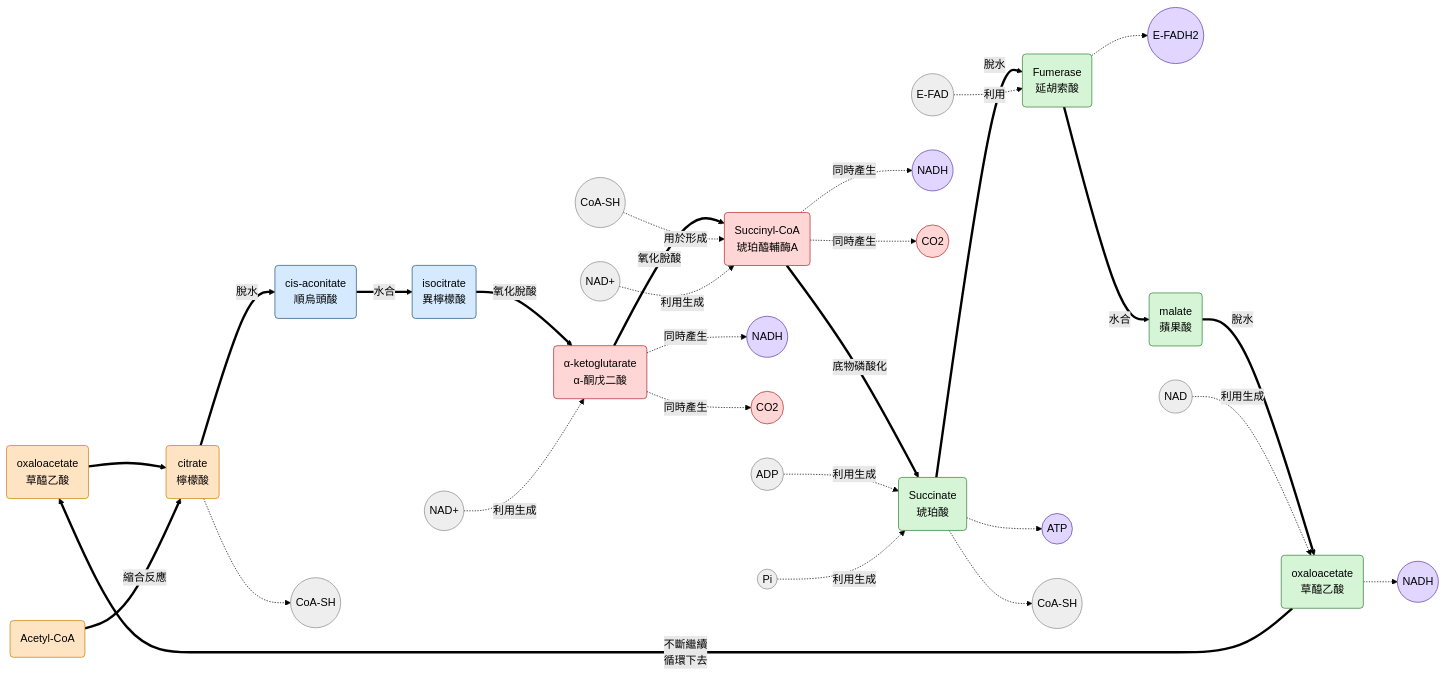
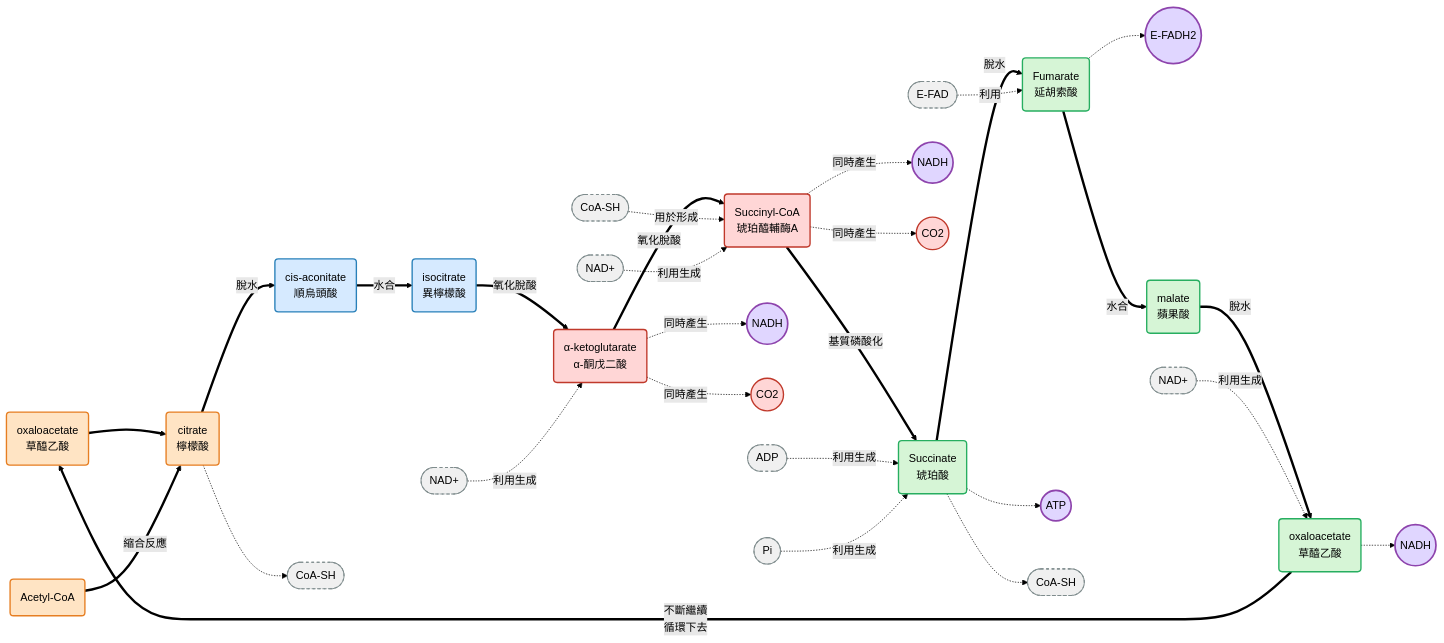
One commit to Jacklyn301/biochem_note_1142 changed diagram 16 of 27 in biochemistry_1st midterm.md. Above: the diagram before and after it, drawn with Mermaid (forest theme). The commit also changed other lines of this file, not shown here.

````diff
--- a/biochemistry_1st midterm.md
+++ b/biochemistry_1st midterm.md
@@ -839,80 +919,65 @@
 ```mermaid
 flowchart LR
 
-OAA1(oxaloacetate<br>草醯乙酸)
-OAA1==>Cit(citrate<br>檸檬酸)
-AcoA(Acetyl-CoA)==>|縮合反應|Cit
-Cit==>|脫水|cAco(cis-aconitate<br>順烏頭酸)
-Cit-.->CoA1((CoA-SH))
-cAco==>|水合|Icit(isocitrate<br>異檸檬酸)
-Icit==>|氧化脫酸|aketo(α-ketoglutarate<br>α-酮戊二酸)
+%% ========== 進入/縮合階段 (🟠 橘色) ==========
+OAA1(oxaloacetate<br>草醯乙酸):::entry
+OAA1==>Cit(citrate<br>檸檬酸):::entry
+AcoA(Acetyl-CoA):::entry==>|縮合反應|Cit
+Cit==>|脫水|cAco(cis-aconitate<br>順烏頭酸):::rearrange
+Cit-.->CoA1([CoA-SH]):::cofactor
 
-NAD1((NAD+))-.->|利用生成|aketo
-aketo==>|氧化脫酸|ScoA(Succinyl-CoA<br>琥珀醯輔酶A)
-aketo-.->|同時產生|NADH1((NADH))
-aketo-.->|同時產生|CO21((CO2))
+%% ========== 早期重排 (🔵 藍色) ==========
+cAco==>|水合|Icit(isocitrate<br>異檸檬酸):::rearrange
+Icit==>|氧化脫酸|aketo(α-ketoglutarate<br>α-酮戊二酸):::oxidative
 
-CoA2((CoA-SH))-.->|用於形成|ScoA
-ScoA==>|底物磷酸化|Sc(Succinate<br>琥珀酸)
-NAD2((NAD+))-.->|利用生成|ScoA
-ScoA-.->|同時產生|NADH2((NADH))
-ScoA-.->|同時產生|CO22((CO2))
+NAD1([NAD+]):::cofactor-.->|利用生成|aketo
 
-ADP1((ADP))-.->|利用生成|Sc
-P1((Pi))-.->|利用生成|Sc
-Sc==>|脫水|Fu(Fumerase<br>延胡索酸)
-Sc-.->ATP1((ATP))
-Sc-.->CoA3((CoA-SH))
+%% ========== 氧化脫羧 (🔴 紅色) ==========
+aketo==>|氧化脫酸|ScoA(Succinyl-CoA<br>琥珀醯輔酶A):::oxidative
+aketo-.->|同時產生|NADH1((NADH)):::energy
+aketo-.->|同時產生|CO21((CO2)):::co2
 
-FAD1((E-FAD))-.->|利用|Fu
-Fu-.->FADH2((E-FADH2))
-Fu==>|水合|Ma(malate<br>蘋果酸)
+CoA2([CoA-SH]):::cofactor-.->|用於形成|ScoA
+ScoA==>|基質磷酸化|Sc(Succinate<br>琥珀酸):::regenerate
+NAD2([NAD+]):::cofactor-.->|利用生成|ScoA
+ScoA-.->|同時產生|NADH2((NADH)):::energy
+ScoA-.->|同時產生|CO22((CO2)):::co2
 
-Ma==>|脫水|OAA2(oxaloacetate<br>草醯乙酸)
-NAD3((NAD))-.->|利用生成|OAA2
-OAA2-.->NADH3((NADH))
+%% ========== 能量收穫與再生階段 (🟢 綠色) ==========
+ADP1([ADP]):::cofactor-.->|利用生成|Sc
+P1([Pi]):::cofactor-.->|利用生成|Sc
+Sc==>|脫水|Fu(Fumarate<br>延胡索酸):::regenerate
+Sc-.->ATP1((ATP)):::energy
+Sc-.->CoA3([CoA-SH]):::cofactor
+
+FAD1([E-FAD]):::cofactor-.->|利用|Fu
+Fu-.->FADH2((E-FADH2)):::energy
+Fu==>|水合|Ma(malate<br>蘋果酸):::regenerate
+
+%% ========== 循環閉合 ==========
+Ma==>|脫水|OAA2(oxaloacetate<br>草醯乙酸):::regenerate
+NAD3([NAD+]):::cofactor-.->|利用生成|OAA2
+OAA2-.->NADH3((NADH)):::energy
 
 OAA2==>|不斷繼續<br>循環下去|OAA1
 
-%% ===== TCA styling (matched to your node names) =====
+%% ========== 顏色定義 ==========
+%% 進入/縮合 (🟠)
+classDef entry fill:#ffe4c4,stroke:#e67e22,stroke-width:2px,color:#000
 
-%% entry / citrate formation
-style OAA1 fill:#ffe4c4,stroke:#c77b00
-style Cit fill:#ffe4c4,stroke:#c77b00
-style AcoA fill:#ffe4c4,stroke:#c77b00
+%% 早期重排 (🔵)
+classDef rearrange fill:#d6eaff,stroke:#2980b9,stroke-width:2px,color:#000
 
-%% early rearrangement
-style cAco fill:#d6eaff,stroke:#1f4e79
-style Icit fill:#d6eaff,stroke:#1f4e79
+%% 氧化脫羧 (🔴)
+classDef oxidative fill:#ffd6d6,stroke:#c0392b,stroke-width:2px,color:#000
+classDef co2 fill:#ffd6d6,stroke:#c0392b,stroke-width:2px,color:#000
 
-%% oxidative decarboxylation (🔥 core oxidation zone)
-style aketo fill:#ffd6d6,stroke:#b22222
-style ScoA fill:#ffd6d6,stroke:#b22222
-style CO21 fill:#ffd6d6,stroke:#b22222
-style CO22 fill:#ffd6d6,stroke:#b22222
+%% 再生階段 (🟢)
+classDef regenerate fill:#d6f5d6,stroke:#27ae60,stroke-width:2px,color:#000
 
-%% energy harvest (ATP / NADH / FADH2)
-style NADH1 fill:#e0d6ff,stroke:#5e35b1
-style NADH2 fill:#e0d6ff,stroke:#5e35b1
-style NADH3 fill:#e0d6ff,stroke:#5e35b1
-style ATP1 fill:#e0d6ff,stroke:#5e35b1
-style FADH2 fill:#e0d6ff,stroke:#5e35b1
+%% 能量分子 (🟣)
+classDef energy fill:#e0d6ff,stroke:#8e44ad,stroke-width:2.5px,color:#000
 
-%% regeneration phase (cycle closing 🌱)
-style Sc fill:#d6f5d6,stroke:#2e7d32
-style Fu fill:#d6f5d6,stroke:#2e7d32
-style Ma fill:#d6f5d6,stroke:#2e7d32
-style OAA2 fill:#d6f5d6,stroke:#2e7d32
-
-%% cofactors / carriers (neutral background)
-style NAD1 fill:#eeeeee,stroke:#888
-style NAD2 fill:#eeeeee,stroke:#888
-style NAD3 fill:#eeeeee,stroke:#888
-style ADP1 fill:#eeeeee,stroke:#888
-style P1 fill:#eeeeee,stroke:#888
-style CoA1 fill:#eeeeee,stroke:#888
-style CoA2 fill:#eeeeee,stroke:#888
-style CoA3 fill:#eeeeee,stroke:#888
-style FAD1 fill:#eeeeee,stroke:#888
-
+%% 輔因子 (⚪)
+classDef cofactor fill:#f0f0f0,stroke:#7f8c8d,stroke-width:1.5px,stroke-dasharray:4 4,color:#000
 ```
````
